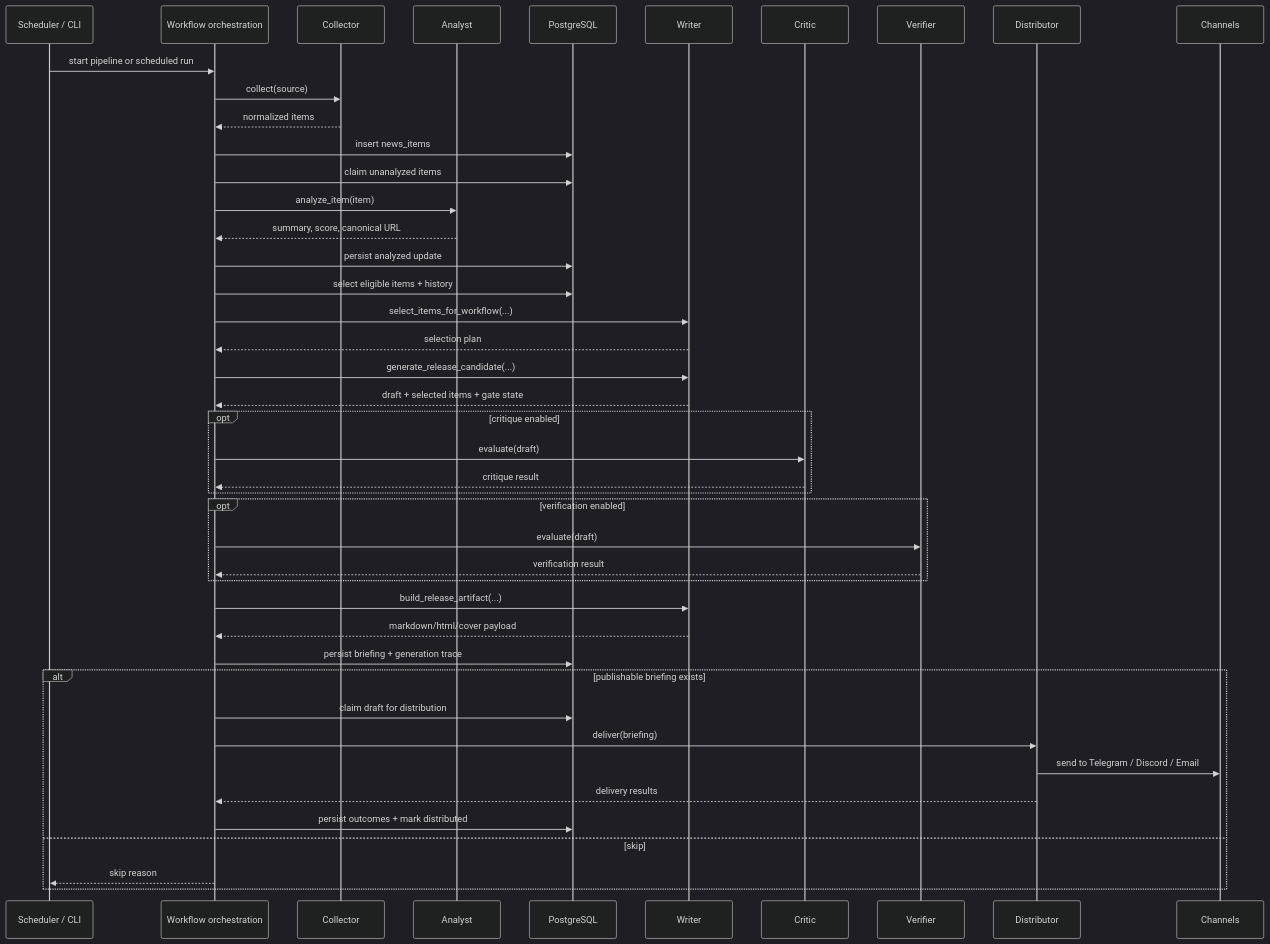
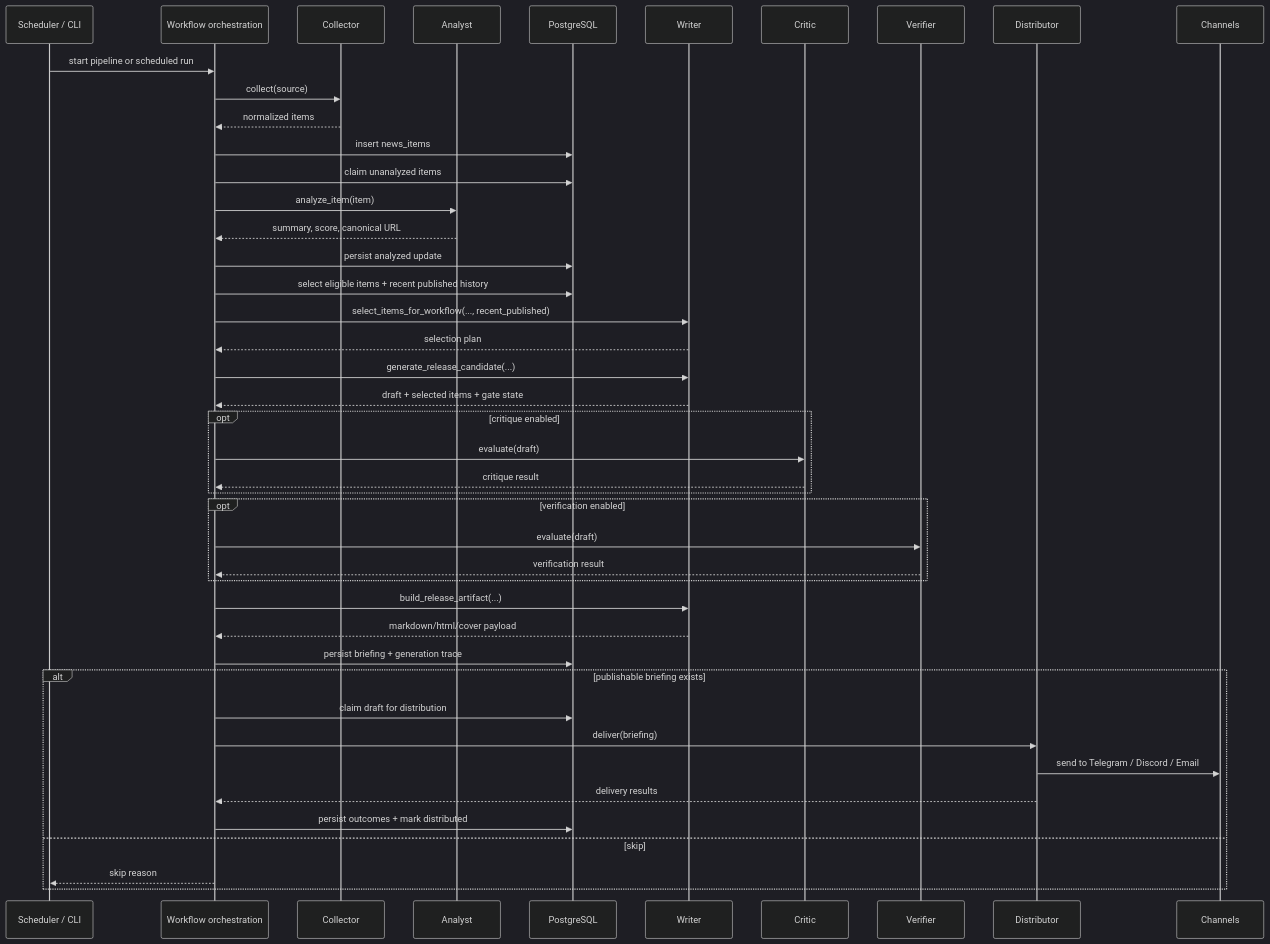
The third of 3 diagrams in README.md (andreyka/broken-cloud-news), drawn with Mermaid (dark theme) before and after one commit. The commit also changed other lines of this file and 12 other files, not shown here.

````diff
--- a/README.md
+++ b/README.md
@@ -147,53 +146,53 @@
 ```mermaid
 sequenceDiagram
     participant S as Scheduler / CLI
     participant W as Workflow orchestration
     participant C as Collector
     participant A as Analyst
     participant DB as PostgreSQL
     participant WR as Writer
     participant CR as Critic
     participant VE as Verifier
     participant D as Distributor
     participant CH as Channels
 
     S->>W: start pipeline or scheduled run
     W->>C: collect(source)
     C-->>W: normalized items
     W->>DB: insert news_items
 
     W->>DB: claim unanalyzed items
     W->>A: analyze_item(item)
     A-->>W: summary, score, canonical URL
     W->>DB: persist analyzed update
 
-    W->>DB: select eligible items + history
-    W->>WR: select_items_for_workflow(...)
+    W->>DB: select eligible items + recent published history
+    W->>WR: select_items_for_workflow(..., recent_published)
     WR-->>W: selection plan
     W->>WR: generate_release_candidate(...)
     WR-->>W: draft + selected items + gate state
 
     opt critique enabled
         W->>CR: evaluate(draft)
         CR-->>W: critique result
     end
 
     opt verification enabled
         W->>VE: evaluate(draft)
         VE-->>W: verification result
     end
 
     W->>WR: build_release_artifact(...)
     WR-->>W: markdown/html/cover payload
     W->>DB: persist briefing + generation trace
 
     alt publishable briefing exists
         W->>DB: claim draft for distribution
         W->>D: deliver(briefing)
         D->>CH: send to Telegram / Discord / Email
         D-->>W: delivery results
         W->>DB: persist outcomes + mark distributed
     else skip
         W-->>S: skip reason
     end
 ```
````
